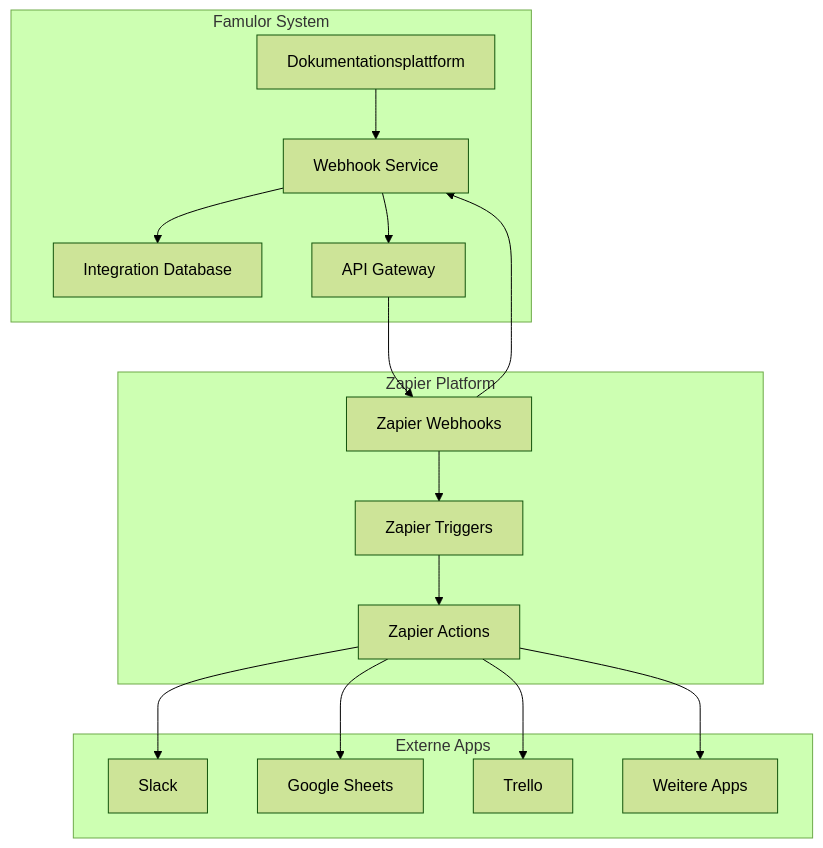
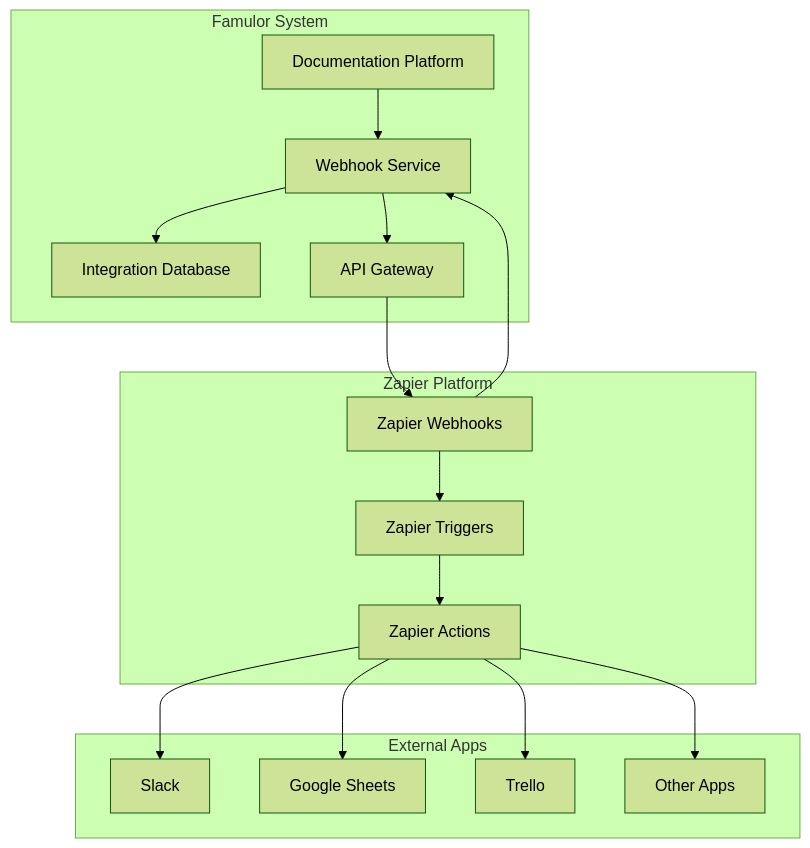
One commit to bekgroup/Famulor-docs-de changed the first of 4 diagrams in en/automation-platform/integrations/zapier.mdx. Above: the diagram before and after it, drawn with Mermaid (forest theme). The commit also changed other lines of this file and 273 other files, not shown here.

````diff
--- a/en/automation-platform/integrations/zapier.mdx
+++ b/en/automation-platform/integrations/zapier.mdx
@@ -91,35 +90,35 @@
 ```mermaid
 graph TB
     subgraph "Famulor System"
-        A[Dokumentationsplattform]
+        A[Documentation Platform]
         B[Webhook Service]
         C[Integration Database]
         D[API Gateway]
     end
     
     subgraph "Zapier Platform"
         E[Zapier Webhooks]
         F[Zapier Triggers]
         G[Zapier Actions]
     end
     
-    subgraph "Externe Apps"
+    subgraph "External Apps"
         H[Slack]
         I[Google Sheets]
         J[Trello]
-        K[Weitere Apps]
+        K[Other Apps]
     end
     
     A --> B
     B --> C
     B --> D
     D --> E
     E --> F
     F --> G
     G --> H
     G --> I
     G --> J
     G --> K
     
     E --> B
 ```
````
